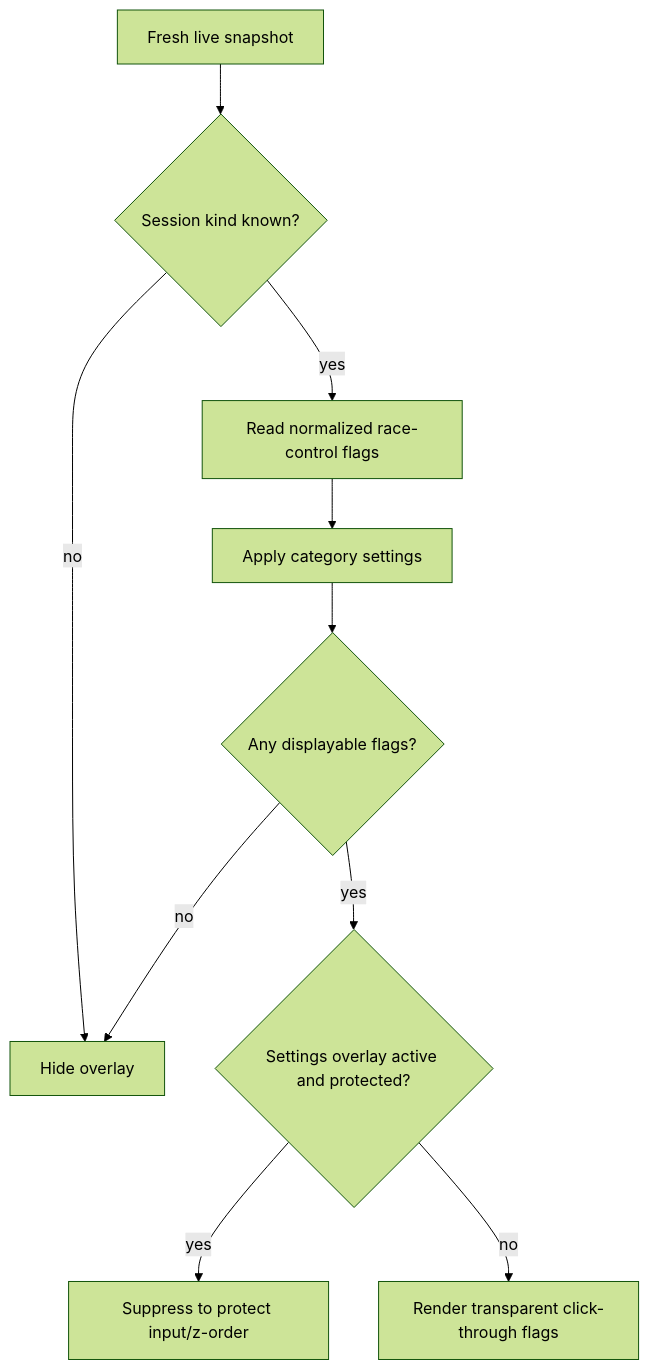
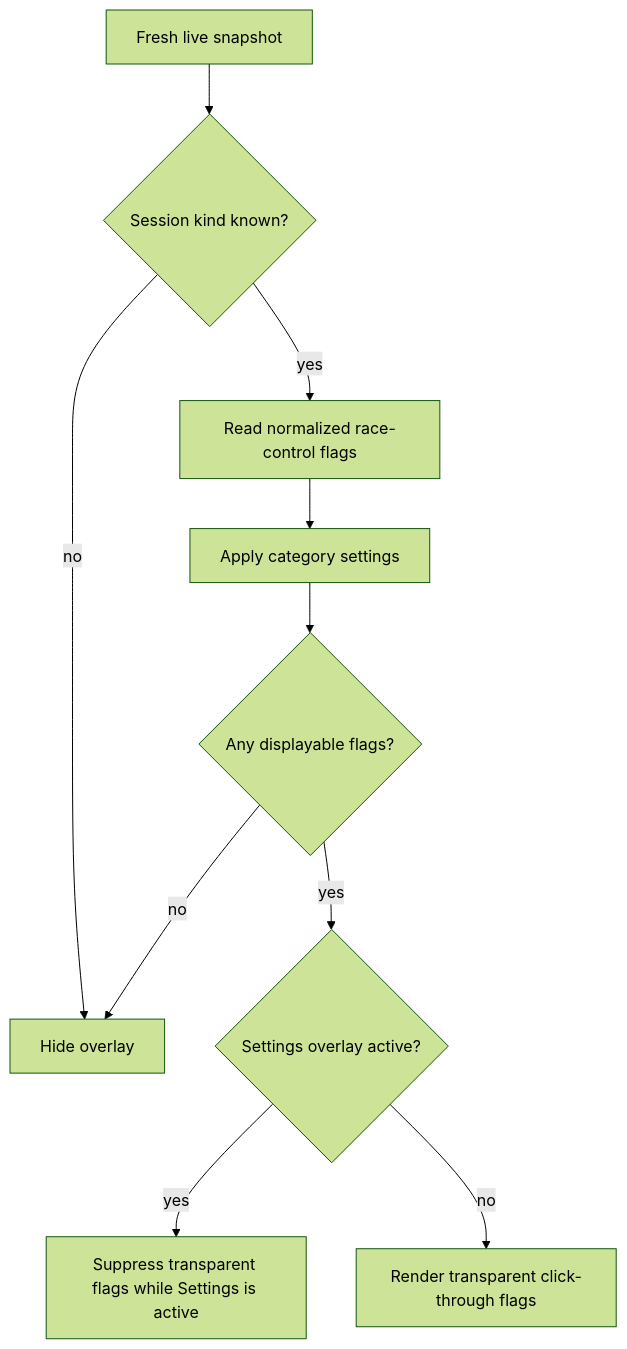
Before and after one commit to Boucher-David/tmrOverlay: the ninth of 16 diagrams in docs/overlay-flow-diagrams.md, drawn with Mermaid (forest theme). The commit also changed 18 other files, not shown here.

First line of the commit message:
[v0.18.10] Harden overlay z-order and input diagnostics (#30)

````diff
--- a/docs/overlay-flow-diagrams.md
+++ b/docs/overlay-flow-diagrams.md
@@ -151,12 +151,12 @@
 ```mermaid
 flowchart TD
     Start["Fresh live snapshot"] --> Session{"Session kind known?"}
     Session -- no --> Hidden["Hide overlay"]
     Session -- yes --> Flags["Read normalized race-control flags"]
     Flags --> Filter["Apply category settings"]
     Filter --> Any{"Any displayable flags?"}
     Any -- no --> Hidden
-    Any -- yes --> Settings{"Settings overlay active and protected?"}
-    Settings -- yes --> Suppress["Suppress to protect input/z-order"]
+    Any -- yes --> Settings{"Settings overlay active?"}
+    Settings -- yes --> Suppress["Suppress transparent flags while Settings is active"]
     Settings -- no --> Render["Render transparent click-through flags"]
 ```
````
